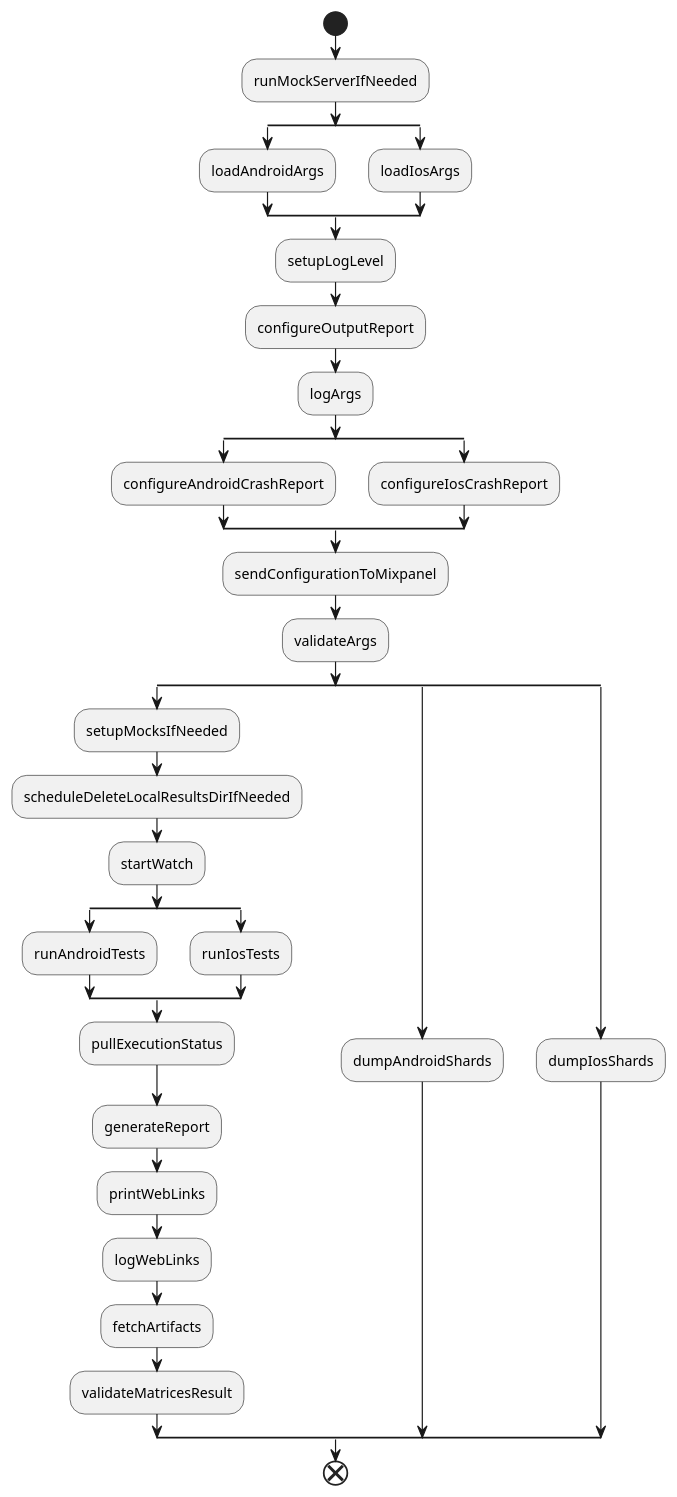
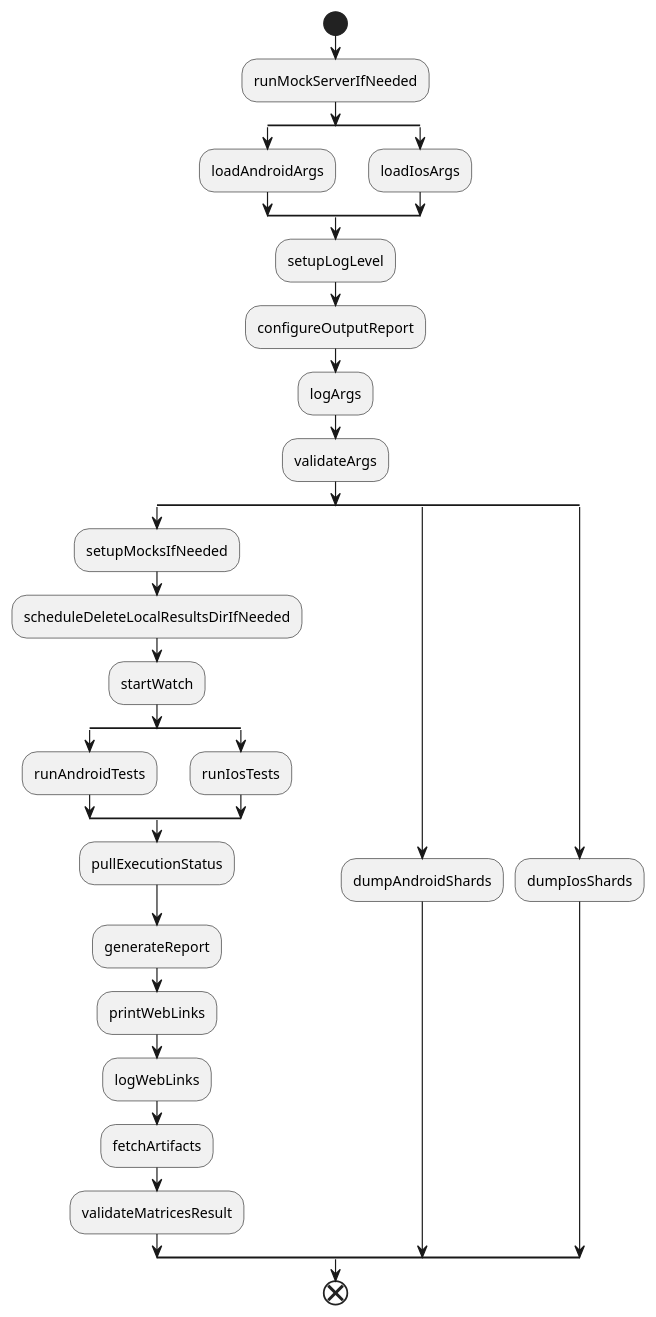
Before and after one commit to Flank/flank: the diagram in docs/refactor/uml/flank_activity_proposal.puml, drawn with PlantUML. The commit also changed 40 other files, not shown here.

```diff
--- a/docs/refactor/uml/flank_activity_proposal.puml
+++ b/docs/refactor/uml/flank_activity_proposal.puml
@@ -1,43 +1,37 @@
 @startuml
 'https://plantuml.com/activity-diagram-beta
 
 start
 :runMockServerIfNeeded;
 split
 :loadAndroidArgs;
 split again
 :loadIosArgs;
 end split
 :setupLogLevel;
 :configureOutputReport;
 :logArgs;
-split
-:configureAndroidCrashReport;
-split again
-:configureIosCrashReport;
-end split
-:sendConfigurationToMixpanel;
 :validateArgs;
 split
 :setupMocksIfNeeded;
 :scheduleDeleteLocalResultsDirIfNeeded;
 :startWatch;
 split
 :runAndroidTests;
 split again
 :runIosTests;
 end split
 :pullExecutionStatus;
 :generateReport;
 :printWebLinks;
 :logWebLinks;
 :fetchArtifacts;
 :validateMatricesResult;
 split again
 :dumpAndroidShards;
 split again
 :dumpIosShards;
 end split
 end
 
 @enduml
```
